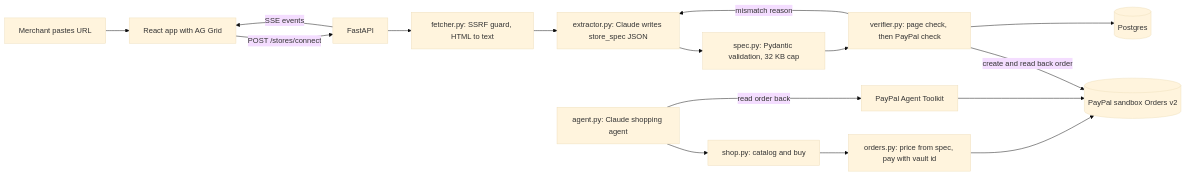
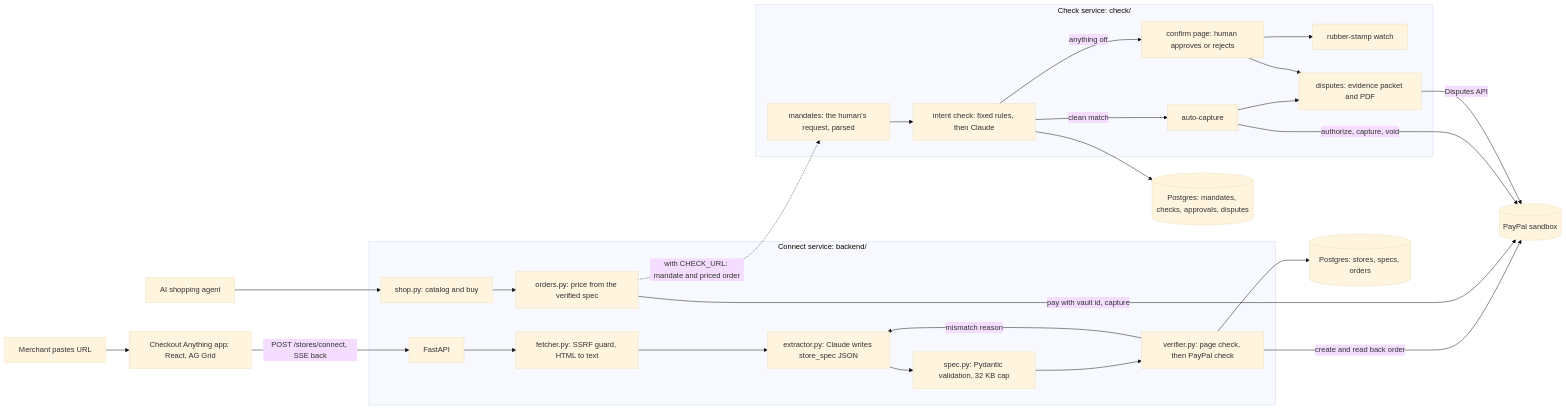
The diagram in README.md (Bhavishaahuja/CheckoutAnything), drawn with Mermaid (base theme) before and after one commit. The commit also changed other lines of this file and 150 other files, not shown here.

````diff
--- a/README.md
+++ b/README.md
@@ -36,18 +42,32 @@
 ```mermaid
 flowchart LR
-    U[Merchant pastes URL] --> FE[React app with AG Grid]
-    FE -- POST /stores/connect --> API[FastAPI]
-    API -- SSE events --> FE
-    API --> F[fetcher.py: SSRF guard, HTML to text]
-    F --> X[extractor.py: Claude writes store_spec JSON]
-    X --> S[spec.py: Pydantic validation, 32 KB cap]
-    S --> V[verifier.py: page check, then PayPal check]
-    V -- mismatch reason --> X
-    V -- create and read back order --> PP[(PayPal sandbox Orders v2)]
-    V --> DB[(Postgres)]
-    AG[agent.py: Claude shopping agent] --> SH[shop.py: catalog and buy]
-    SH --> O[orders.py: price from spec, pay with vault id]
-    O --> PP
-    AG -- read order back --> TK[PayPal Agent Toolkit]
-    TK --> PP
+    U[Merchant pastes URL] --> FE[Checkout Anything app: React, AG Grid]
+    AG[AI shopping agent] --> SH
+
+    subgraph CONNECT [Connect service: backend/]
+        API[FastAPI] --> F[fetcher.py: SSRF guard, HTML to text]
+        F --> X[extractor.py: Claude writes store_spec JSON]
+        X --> S[spec.py: Pydantic validation, 32 KB cap]
+        S --> V[verifier.py: page check, then PayPal check]
+        V -- mismatch reason --> X
+        SH[shop.py: catalog and buy] --> O[orders.py: price from the verified spec]
+    end
+
+    subgraph CHECK [Check service: check/]
+        M[mandates: the human's request, parsed] --> IC[intent check: fixed rules, then Claude]
+        IC -- clean match --> CAP[auto-capture]
+        IC -- anything off --> RV[confirm page: human approves or rejects]
+        RV --> RS[rubber-stamp watch]
+        CAP --> DSP[disputes: evidence packet and PDF]
+        RV --> DSP
+    end
+
+    FE -- POST /stores/connect, SSE back --> API
+    V -- create and read back order --> PP[(PayPal sandbox)]
+    O -- pay with vault id, capture --> PP
+    O -. with CHECK_URL: mandate and priced order .-> M
+    CAP -- authorize, capture, void --> PP
+    DSP -- Disputes API --> PP
+    V --> DB1[(Postgres: stores, specs, orders)]
+    IC --> DB2[(Postgres: mandates, checks, approvals, disputes)]
 ```
````
